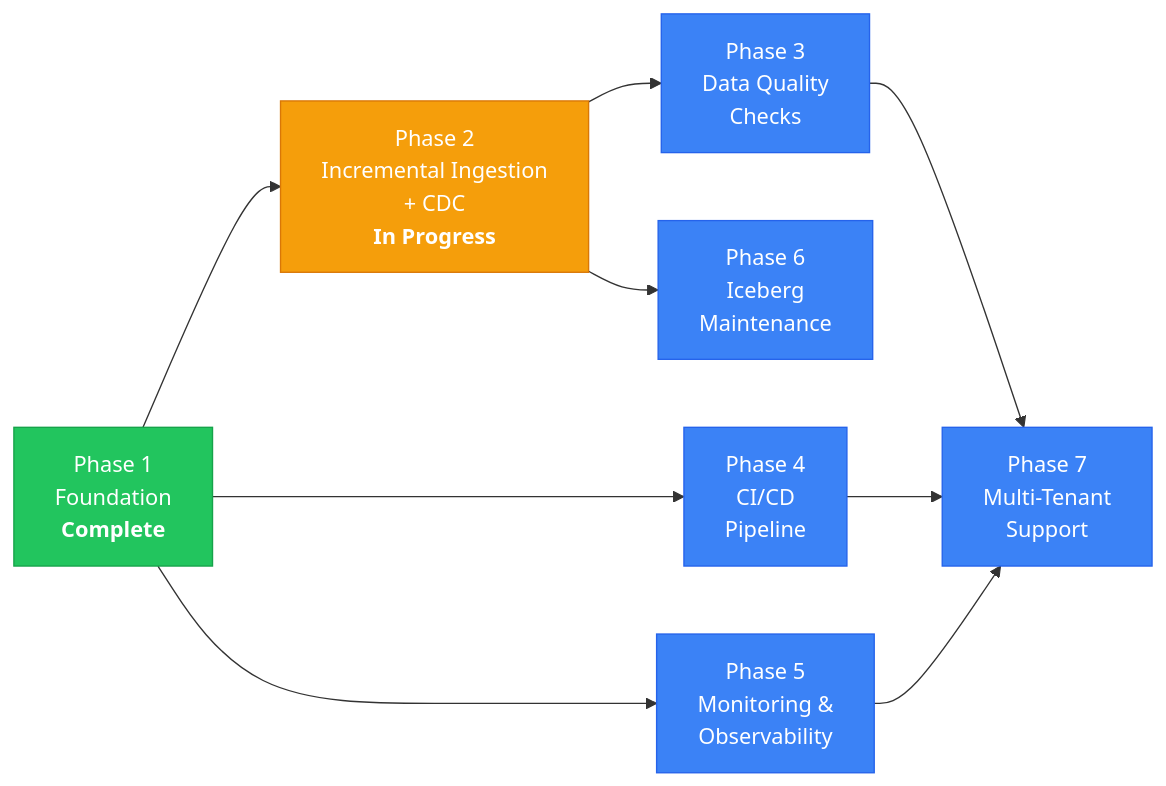
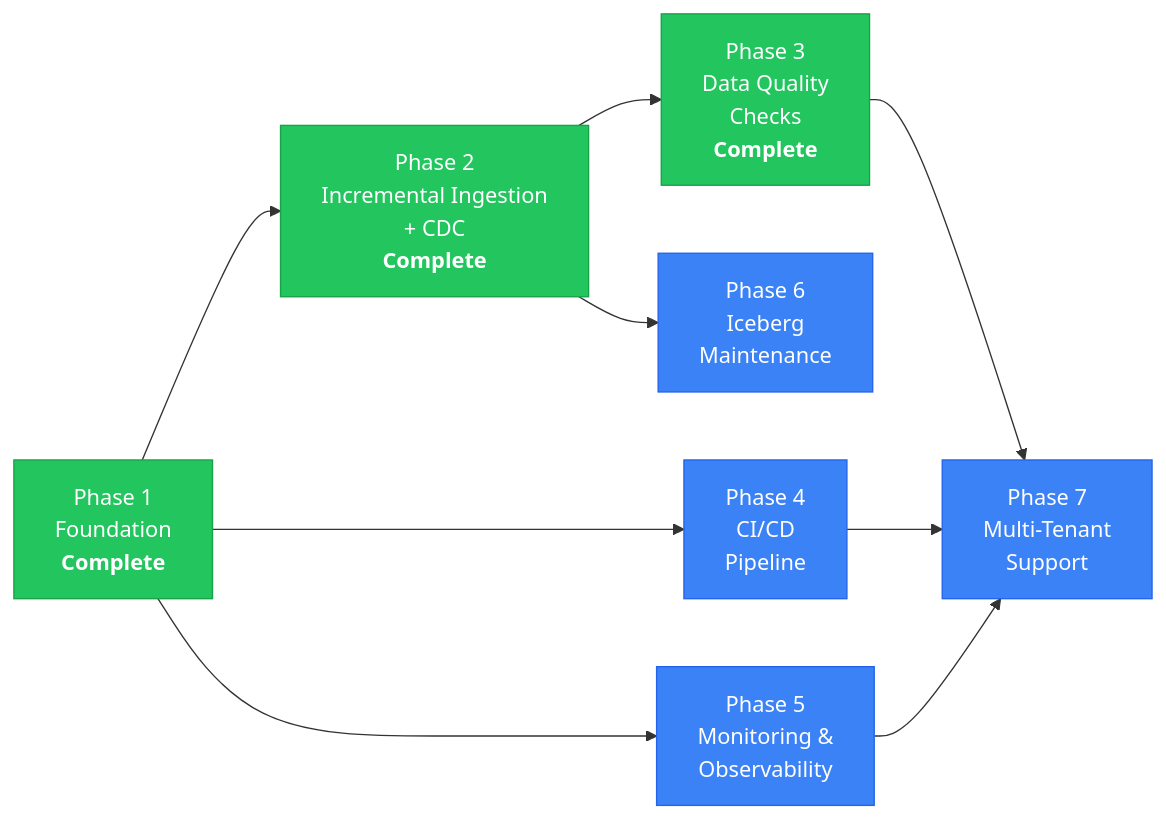
The diagram in openspec/roadmap.md (JacopoVendramin/lakehouse-orchestrator), drawn with Mermaid before and after one commit. The commit also changed other lines of this file and 5 other files, not shown here.

First line of the commit message:
feat: complete Phase 2 (incremental upsert) and Phase 3 (data quality)

````diff
--- a/openspec/roadmap.md
+++ b/openspec/roadmap.md
@@ -269,27 +275,27 @@
 ```mermaid
 graph LR
     P1["Phase 1<br/>Foundation<br/><b>Complete</b>"]
-    P2["Phase 2<br/>Incremental Ingestion<br/>+ CDC<br/><b>In Progress</b>"]
-    P3["Phase 3<br/>Data Quality<br/>Checks"]
+    P2["Phase 2<br/>Incremental Ingestion<br/>+ CDC<br/><b>Complete</b>"]
+    P3["Phase 3<br/>Data Quality<br/>Checks<br/><b>Complete</b>"]
     P4["Phase 4<br/>CI/CD<br/>Pipeline"]
     P5["Phase 5<br/>Monitoring &<br/>Observability"]
     P6["Phase 6<br/>Iceberg<br/>Maintenance"]
     P7["Phase 7<br/>Multi-Tenant<br/>Support"]
 
     P1 --> P2
     P1 --> P4
     P1 --> P5
     P2 --> P3
     P2 --> P6
     P3 --> P7
     P4 --> P7
     P5 --> P7
 
     style P1 fill:#22c55e,stroke:#16a34a,color:#fff
-    style P2 fill:#f59e0b,stroke:#d97706,color:#fff
-    style P3 fill:#3b82f6,stroke:#2563eb,color:#fff
+    style P2 fill:#22c55e,stroke:#16a34a,color:#fff
+    style P3 fill:#22c55e,stroke:#16a34a,color:#fff
     style P4 fill:#3b82f6,stroke:#2563eb,color:#fff
     style P5 fill:#3b82f6,stroke:#2563eb,color:#fff
     style P6 fill:#3b82f6,stroke:#2563eb,color:#fff
     style P7 fill:#3b82f6,stroke:#2563eb,color:#fff
 ```
````
